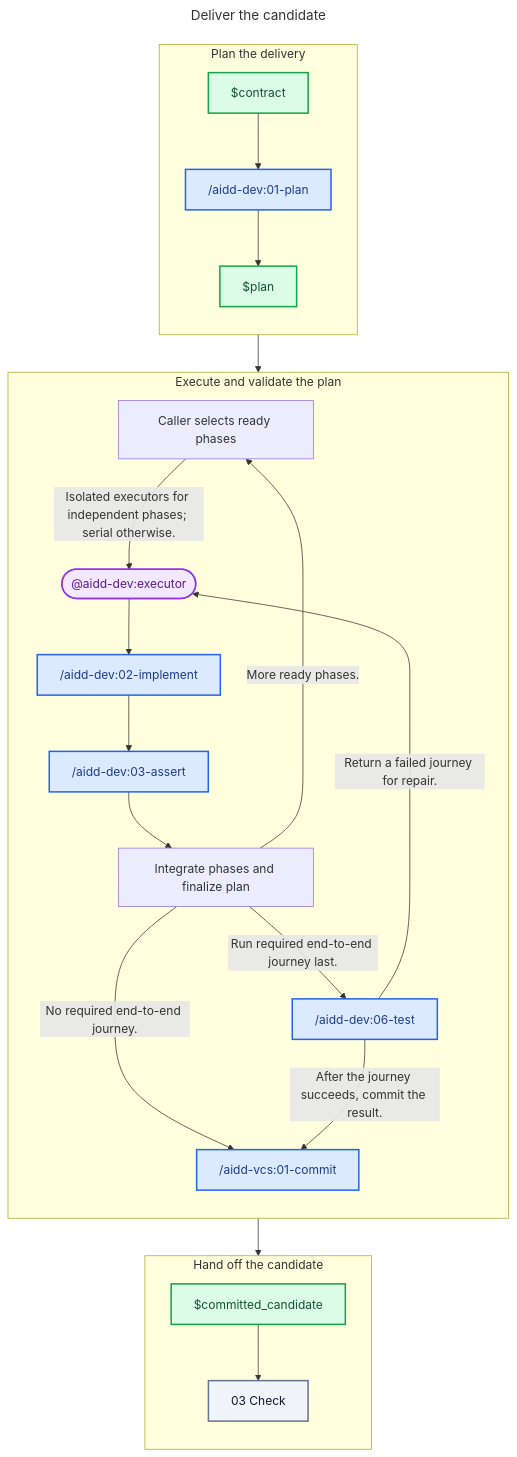
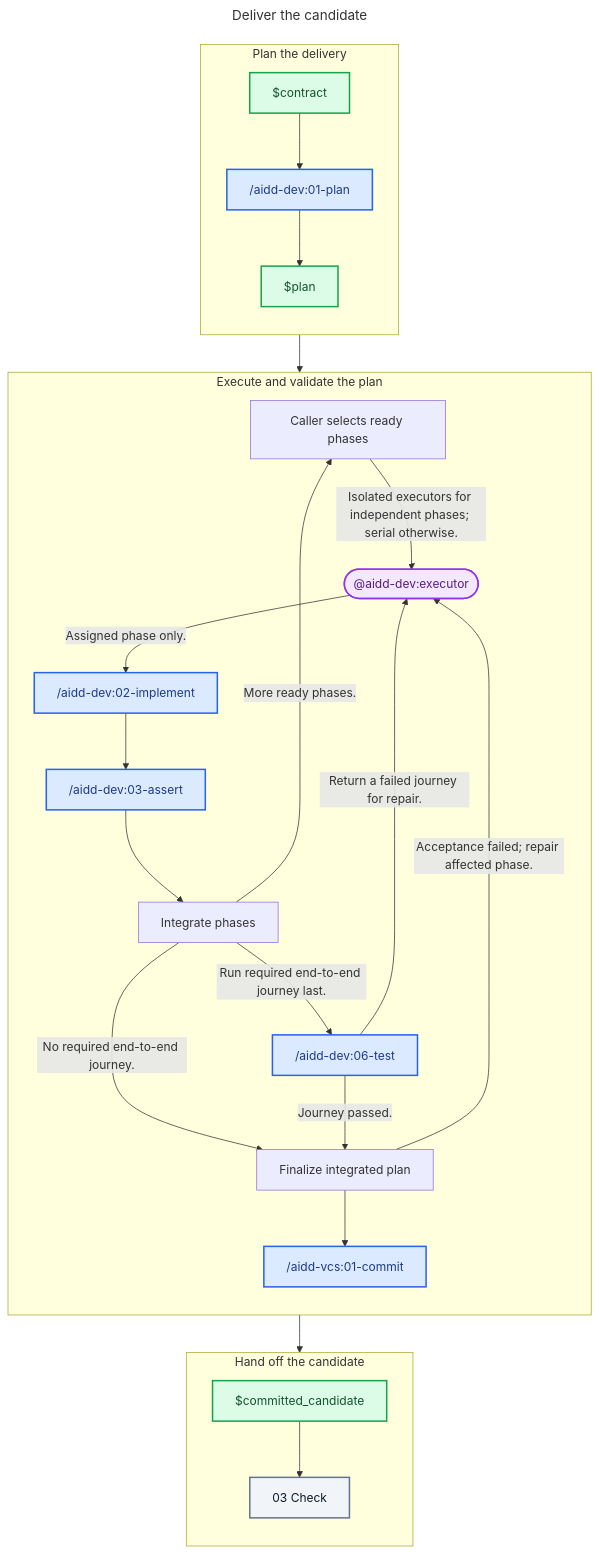
One commit to ai-driven-dev/framework changed the diagram in plugins/aidd-orchestrator/skills/01-sdlc/references/02-deliver.md. Above: the diagram before and after it, drawn with Mermaid. The commit also changed other lines of this file and 19 other files, not shown here.

````diff
--- a/plugins/aidd-orchestrator/skills/01-sdlc/references/02-deliver.md
+++ b/plugins/aidd-orchestrator/skills/01-sdlc/references/02-deliver.md
@@ -10,54 +10,57 @@
 ```mermaid
 ---
 title: Deliver the candidate
 ---
 flowchart TD
   subgraph PlanStage["Plan the delivery"]
     direction TB
     Contract["$contract"]
     Plan["/aidd-dev:01-plan"]
     PlanArtifact["$plan"]
   end
 
   subgraph ExecuteStage["Execute and validate the plan"]
     direction TB
     Dispatch["Caller selects ready phases"]
     Executor(["@aidd-dev:executor"])
     Implement["/aidd-dev:02-implement"]
     Assert["/aidd-dev:03-assert"]
-    Integrate["Integrate phases and finalize plan"]
+    Integrate["Integrate phases"]
     Test["/aidd-dev:06-test"]
+    Finalize["Finalize integrated plan"]
     Commit["/aidd-vcs:01-commit"]
   end
 
   subgraph HandoffStage["Hand off the candidate"]
     direction TB
     CommittedCandidate["$committed_candidate"]
     Check["03 Check"]
   end
 
   Contract --> Plan
   Plan --> PlanArtifact
   PlanArtifact --> Dispatch
   Dispatch -- "Isolated executors for independent phases; serial otherwise." --> Executor
-  Executor --> Implement
+  Executor -- "Assigned phase only." --> Implement
   Implement --> Assert
   Assert --> Integrate
   Integrate -- "More ready phases." --> Dispatch
-  Integrate -- "No required end-to-end journey." --> Commit
+  Integrate -- "No required end-to-end journey." --> Finalize
   Integrate -- "Run required end-to-end journey last." --> Test
-  Test -- "After the journey succeeds, commit the result." --> Commit
+  Test -- "Journey passed." --> Finalize
   Test -- "Return a failed journey for repair." --> Executor
+  Finalize -- "Acceptance failed; repair affected phase." --> Executor
+  Finalize --> Commit
   Commit --> CommittedCandidate
   CommittedCandidate --> Check
 
   classDef skill fill:#DBEAFE,stroke:#2563EB,color:#1E3A8A,stroke-width:2px
   classDef agent fill:#F3E8FF,stroke:#9333EA,color:#581C87,stroke-width:2px
   classDef artifact fill:#DCFCE7,stroke:#16A34A,color:#14532D,stroke-width:2px
   classDef zone fill:#F1F5F9,stroke:#64748B,color:#0F172A,stroke-width:2px
 
   class Plan,Implement,Assert,Test,Commit skill
   class Executor agent
   class Contract,PlanArtifact,CommittedCandidate artifact
   class Check zone
 ```
````
